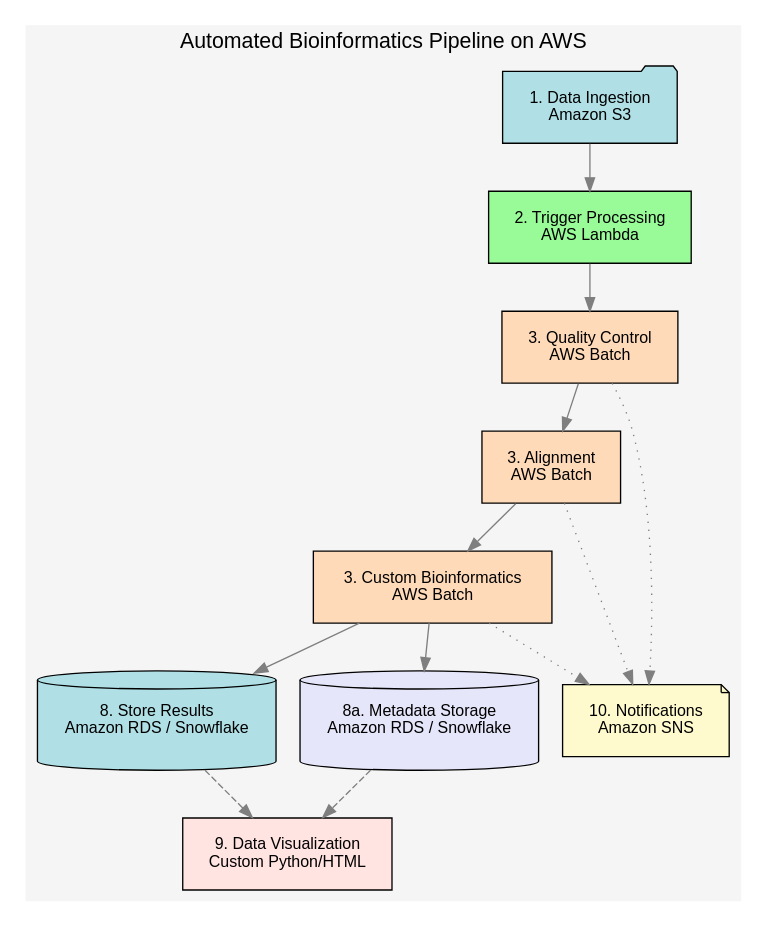
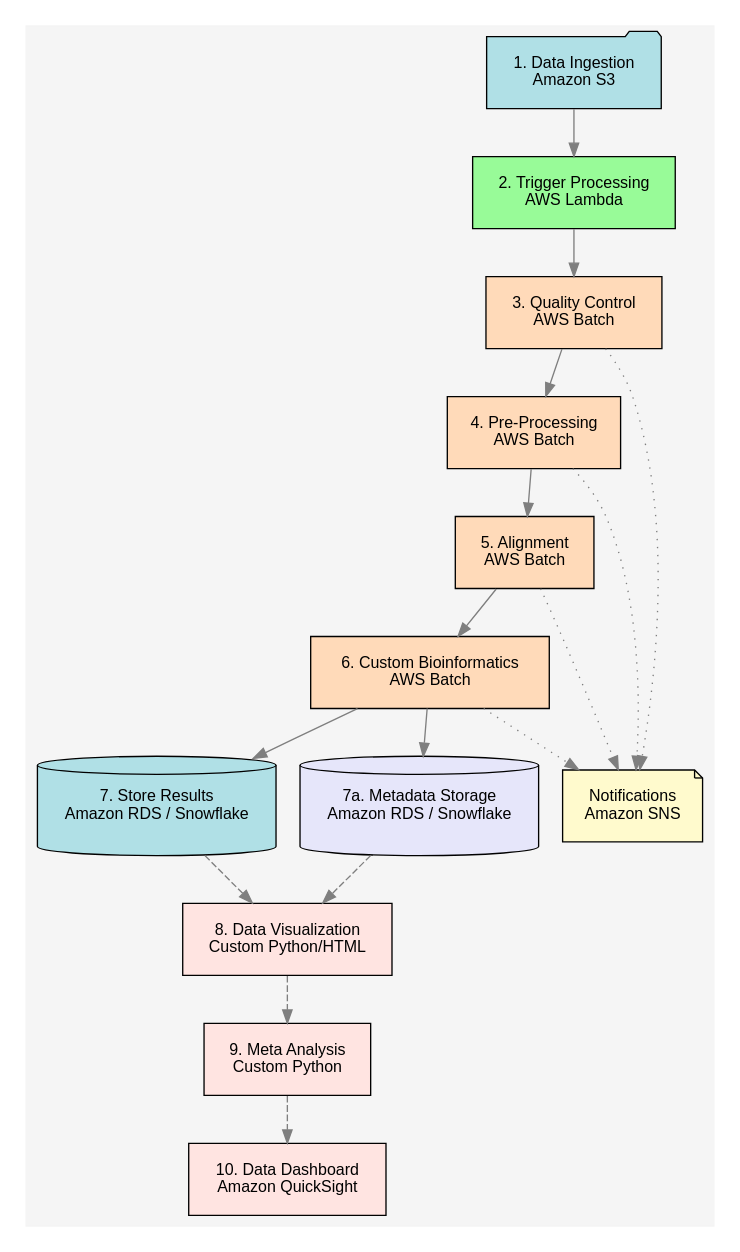
Before and after one commit to jdrubin91/jdrubin91.github.io: the diagram in images/bioinformatic_pipeline.dot, drawn with Graphviz. The commit also changed 9 other files, not shown here.

```diff
--- a/images/bioinformatic_pipeline.dot
+++ b/images/bioinformatic_pipeline.dot
@@ -1,46 +1,53 @@
 digraph BioinformaticsPipeline {
     // Set layout direction from Top to Bottom
     rankdir=TB;
     // Set global node style
     node [shape=rectangle, style=filled, fontname="Helvetica", fontsize=12, margin=0.2];
     // Set global edge style
     edge [color="#7F7F7F"];
     
     // Cluster to group the pipeline
     subgraph cluster0 {
-        label="Automated Bioinformatics Pipeline on AWS";
+        label="";
         style=filled;
         color="#F5F5F5";
         fontname="Helvetica";
         fontsize=16;
         labelloc="t";
     
         // Define nodes with soft, muted colors
         S3Input [label="1. Data Ingestion\nAmazon S3", shape=folder, fillcolor="#B0E0E6"]; // Powder Blue
         LambdaTrigger [label="2. Trigger Processing\nAWS Lambda", fillcolor="#98FB98"]; // Pale Green
         QC [label="3. Quality Control\nAWS Batch", fillcolor="#FFDAB9"]; // Peach Puff
-        Alignment [label="3. Alignment\nAWS Batch", fillcolor="#FFDAB9"]; // Peach Puff
-        CustomBioinformatics [label="3. Custom Bioinformatics\nAWS Batch", fillcolor="#FFDAB9"]; // Peach Puff
-        S3Output [label="8. Store Results\nAmazon RDS / Snowflake", shape=cylinder, fillcolor="#B0E0E6"];
-        Database [label="8a. Metadata Storage\nAmazon RDS / Snowflake", shape=cylinder, fillcolor="#E6E6FA"]; // Lavender
-        Visualization [label="9. Data Visualization\nCustom Python/HTML", fillcolor="#FFE4E1"]; // Misty Rose
-        Notifications [label="10. Notifications\nAmazon SNS", shape=note, fillcolor="#FFFACD"]; // Lemon Chiffon
+        PreProcessing [label="4. Pre-Processing\nAWS Batch", fillcolor="#FFDAB9"]; // Peach Puff
+        Alignment [label="5. Alignment\nAWS Batch", fillcolor="#FFDAB9"]; // Peach Puff
+        CustomBioinformatics [label="6. Custom Bioinformatics\nAWS Batch", fillcolor="#FFDAB9"]; // Peach Puff
+        S3Output [label="7. Store Results\nAmazon RDS / Snowflake", shape=cylinder, fillcolor="#B0E0E6"];
+        Database [label="7a. Metadata Storage\nAmazon RDS / Snowflake", shape=cylinder, fillcolor="#E6E6FA"]; // Lavender
+        Visualization [label="8. Data Visualization\nCustom Python/HTML", fillcolor="#FFE4E1"]; // Misty Rose
+        MetaAnalysis [label="9. Meta Analysis\nCustom Python", fillcolor="#FFE4E1"]; // Misty Rose
+        Dashboard [label="10. Data Dashboard\nAmazon QuickSight", fillcolor="#FFE4E1"]; // Misty Rose
+        Notifications [label="Notifications\nAmazon SNS", shape=note, fillcolor="#FFFACD"]; // Lemon Chiffon
     }
     
     // Define edges
     S3Input -> LambdaTrigger;
     LambdaTrigger -> QC;
-    QC -> Alignment;
+    QC -> PreProcessing;
+    PreProcessing -> Alignment;
     Alignment -> CustomBioinformatics;
     CustomBioinformatics -> S3Output;
     CustomBioinformatics -> Database;
 
     // Branch to Visualization
     S3Output -> Visualization [style=dashed];
     Database -> Visualization [style=dashed];
+    Visualization -> MetaAnalysis [style=dashed];
+    MetaAnalysis -> Dashboard [style=dashed];
 
     // Notifications and Monitoring
     QC -> Notifications [style=dotted];
+    PreProcessing -> Notifications [style=dotted];
     Alignment -> Notifications [style=dotted];
     CustomBioinformatics -> Notifications [style=dotted];
 }
```
